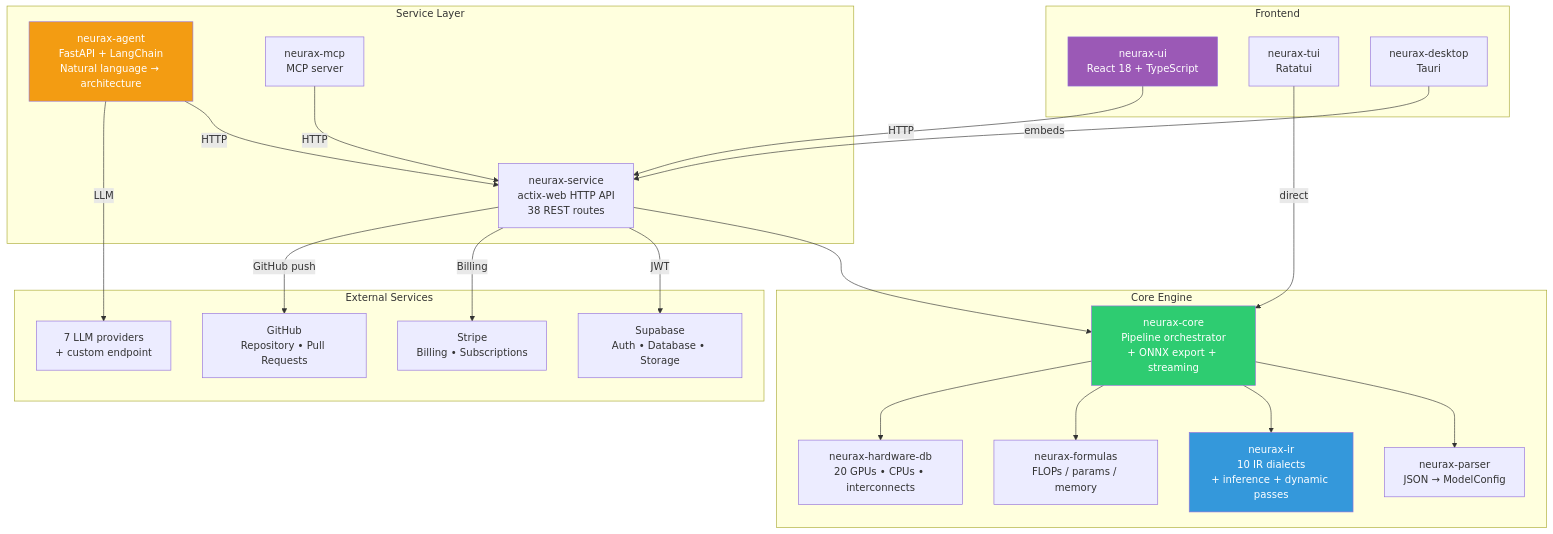
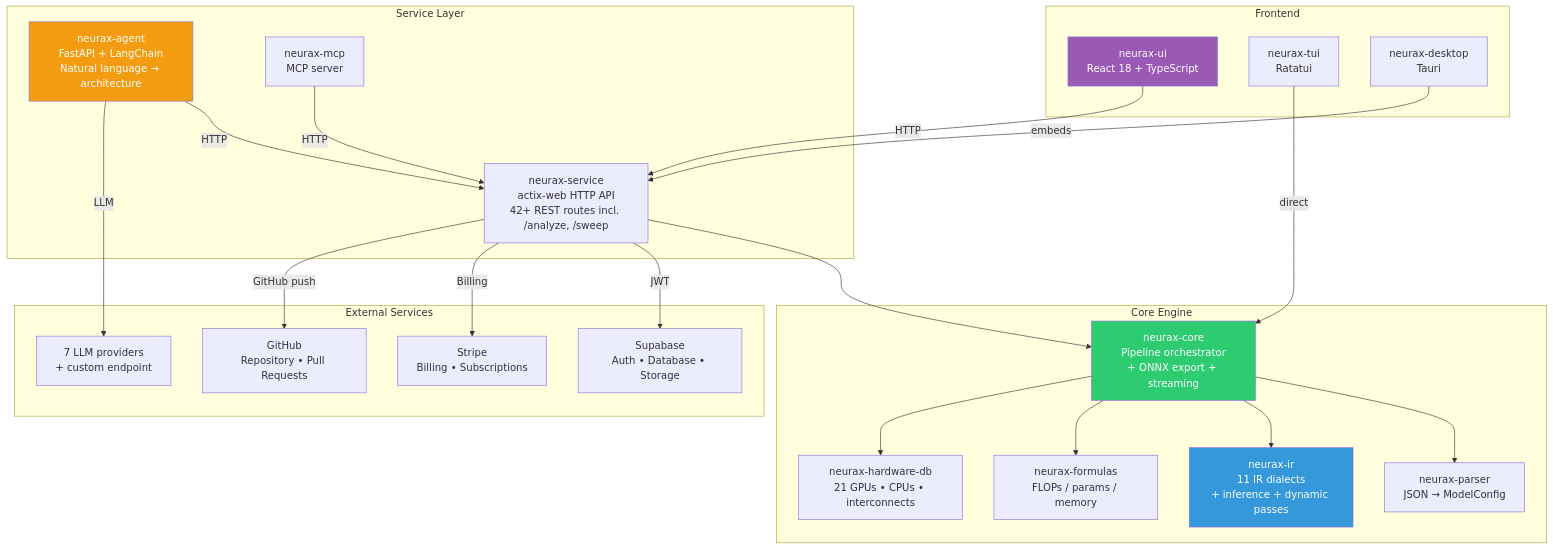
One commit to NEURAX-canvas/NEURAX changed the first of 5 diagrams in book/src/DESIGN.md. Above: the diagram before and after it, drawn with Mermaid. The commit also changed other lines of this file and 7 other files, not shown here.

First line of the commit message:
docs(book): fix Mermaid rendering, correct stale figures, document sweep/diagnostics/context

````diff
--- a/book/src/DESIGN.md
+++ b/book/src/DESIGN.md
@@ -37,52 +45,52 @@
 ```mermaid
 graph TB
     subgraph "Frontend"
         UI[neurax-ui<br/>React 18 + TypeScript]
         TUI[neurax-tui<br/>Ratatui]
         DESKTOP[neurax-desktop<br/>Tauri]
     end
 
     subgraph "Service Layer"
-        HTTP_API[neurax-service<br/>actix-web HTTP API<br/>38 REST routes]
+        HTTP_API[neurax-service<br/>actix-web HTTP API<br/>42+ REST routes incl. /analyze, /sweep]
         AI_AGENT[neurax-agent<br/>FastAPI + LangChain<br/>Natural language → architecture]
         MCP[neurax-mcp<br/>MCP server]
     end
 
     subgraph "Core Engine"
         CORE[neurax-core<br/>Pipeline orchestrator<br/>+ ONNX export + streaming]
         PARSER[neurax-parser<br/>JSON → ModelConfig]
-        IR[neurax-ir<br/>10 IR dialects<br/>+ inference + dynamic passes]
+        IR[neurax-ir<br/>11 IR dialects<br/>+ inference + dynamic passes]
         FORMULAS[neurax-formulas<br/>FLOPs / params / memory]
-        HWDB[neurax-hardware-db<br/>20 GPUs • CPUs • interconnects]
+        HWDB[neurax-hardware-db<br/>21 GPUs • CPUs • interconnects]
     end
 
     subgraph "External Services"
         SUPABASE[Supabase<br/>Auth • Database • Storage]
         STRIPE[Stripe<br/>Billing • Subscriptions]
         OPENAI[7 LLM providers<br/>+ custom endpoint]
         GITHUB[GitHub<br/>Repository • Pull Requests]
     end
 
     UI -- HTTP --> HTTP_API
     TUI -- direct --> CORE
     DESKTOP -- embeds --> HTTP_API
     MCP -- HTTP --> HTTP_API
 
     AI_AGENT -- HTTP --> HTTP_API
     AI_AGENT -- LLM --> OPENAI
 
     HTTP_API --> CORE
     CORE --> PARSER
     CORE --> IR
     CORE --> FORMULAS
     CORE --> HWDB
 
     HTTP_API -- JWT --> SUPABASE
     HTTP_API -- Billing --> STRIPE
     HTTP_API -- GitHub push --> GITHUB
 
     style CORE fill:#2ecc71,color:#fff
     style IR fill:#3498db,color:#fff
     style UI fill:#9b59b6,color:#fff
     style AI_AGENT fill:#f39c12,color:#fff
 ```
````
